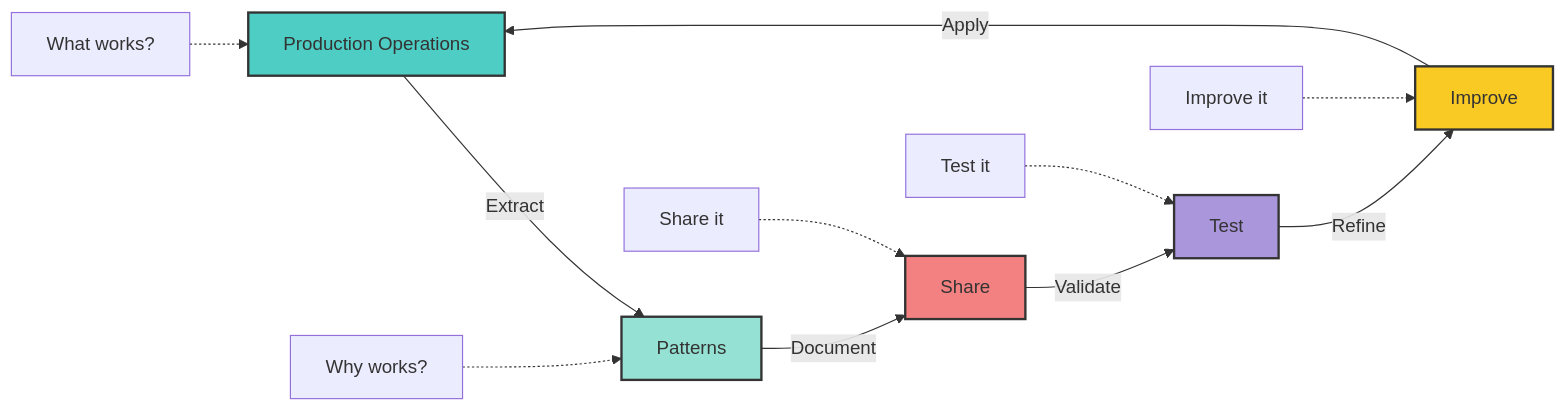
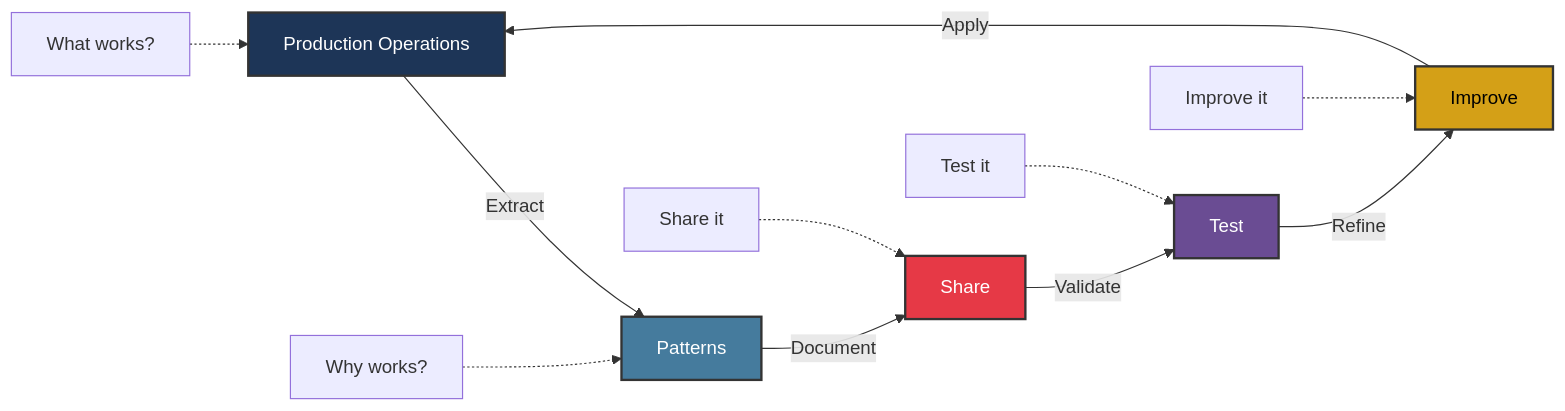
The second of 5 diagrams in README.md (boshu2/12-factor-agentops), drawn with Mermaid before and after one commit. The commit also changed other lines of this file, not shown here.

First line of the commit message:
docs(readme): improve text contrast in all diagrams for better readability

````diff
--- a/README.md
+++ b/README.md
@@ -108,20 +113,20 @@
 ```mermaid
 graph LR
     A[Production Operations] -->|Extract| B[Patterns]
     B -->|Document| C[Share]
     C -->|Validate| D[Test]
     D -->|Refine| E[Improve]
     E -->|Apply| A
 
     A1[What works?] -.-> A
     B1[Why works?] -.-> B
     C1[Share it] -.-> C
     D1[Test it] -.-> D
     E1[Improve it] -.-> E
 
-    style A fill:#4ecdc4,stroke:#333,stroke-width:2px
-    style B fill:#95e1d3,stroke:#333,stroke-width:2px
-    style C fill:#f38181,stroke:#333,stroke-width:2px
-    style D fill:#aa96da,stroke:#333,stroke-width:2px
-    style E fill:#f9ca24,stroke:#333,stroke-width:2px
+    style A fill:#1d3557,stroke:#333,stroke-width:2px,color:#fff
+    style B fill:#457b9d,stroke:#333,stroke-width:2px,color:#fff
+    style C fill:#e63946,stroke:#333,stroke-width:2px,color:#fff
+    style D fill:#6a4c93,stroke:#333,stroke-width:2px,color:#fff
+    style E fill:#d4a017,stroke:#333,stroke-width:2px,color:#000
 ```
````
